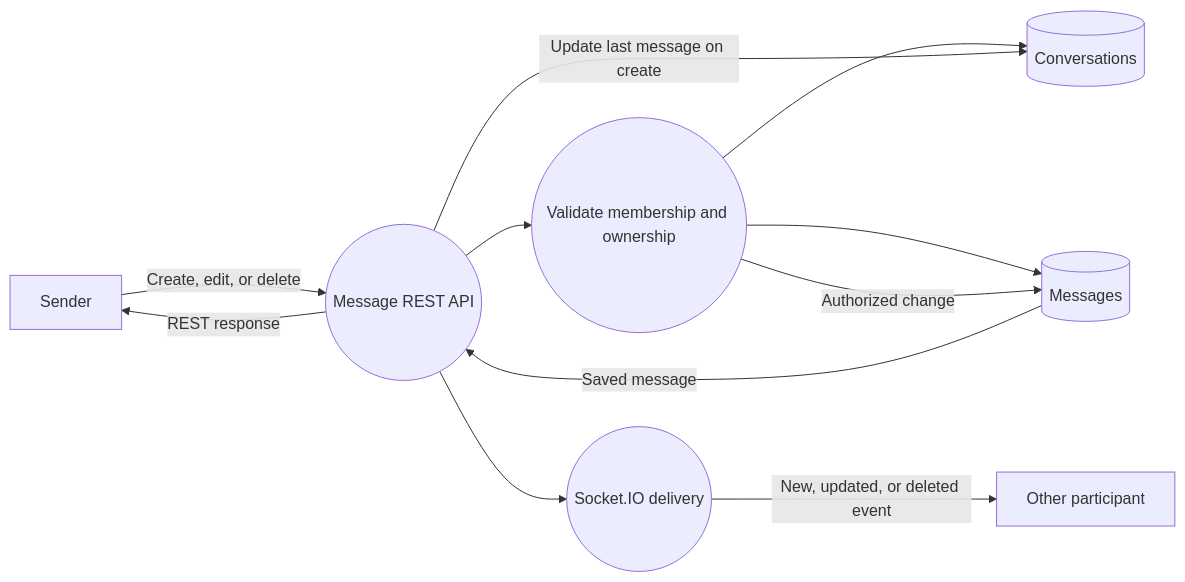
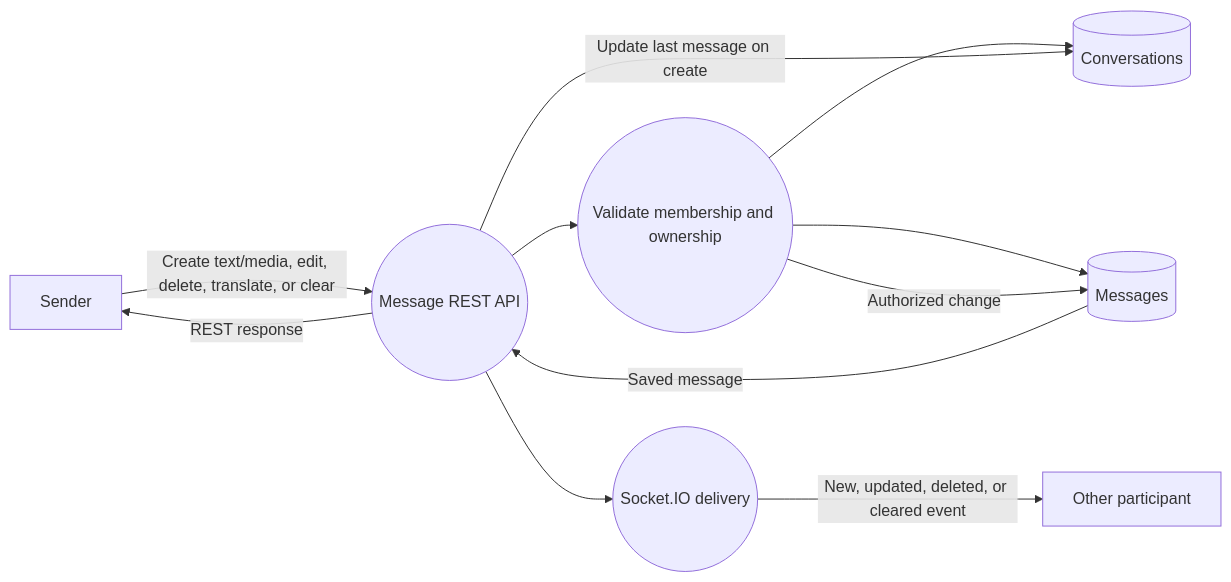
Before and after one commit to Saurav11343/click-chat: the seventh of 26 diagrams in docs/10-diagram-catalog.md, drawn with Mermaid. The commit also changed other lines of this file and 11 other files, not shown here.

Commit message:
update diagrams

````diff
--- a/docs/10-diagram-catalog.md
+++ b/docs/10-diagram-catalog.md
@@ -195,21 +242,21 @@
 ```mermaid
 flowchart LR
     Sender["Sender"]
     Receiver["Other participant"]
     API(("Message REST API"))
     Authorize(("Validate membership and ownership"))
     Messages[("Messages")]
     Conversations[("Conversations")]
     Socket(("Socket.IO delivery"))
 
-    Sender -->|"Create, edit, or delete"| API
+    Sender -->|"Create text/media, edit, delete, translate, or clear"| API
     API --> Authorize
     Authorize --> Conversations
     Authorize --> Messages
     Authorize -->|"Authorized change"| Messages
     Messages -->|"Saved message"| API
     API -->|"Update last message on create"| Conversations
     API --> Socket
-    Socket -->|"New, updated, or deleted event"| Receiver
+    Socket -->|"New, updated, deleted, or cleared event"| Receiver
     API -->|"REST response"| Sender
 ```
````
